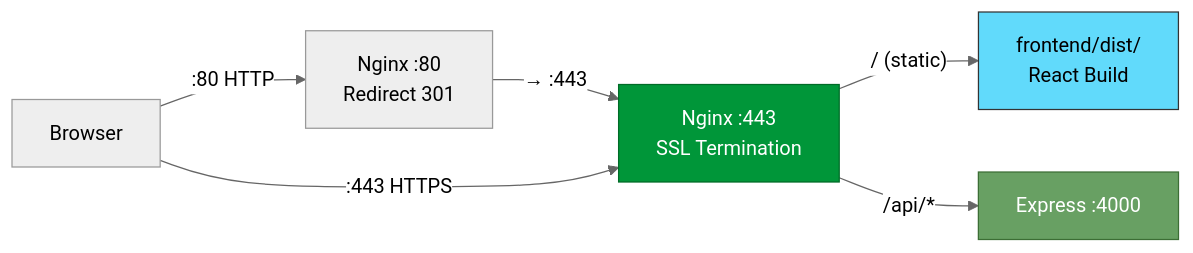
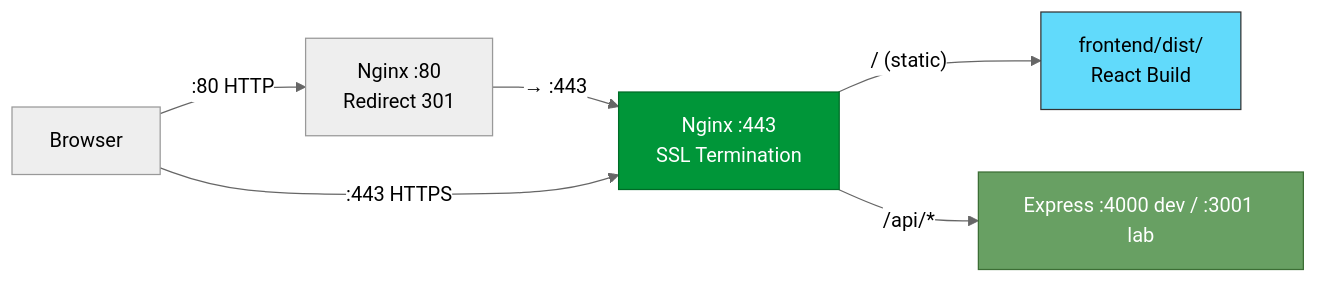
One commit to Dabji/Turismo-Cali-UPB changed the fourth of 5 diagrams in docs/architecture/system-design.md. Above: the diagram before and after it, drawn with Mermaid (neutral theme). The commit also changed other lines of this file and 56 other files, not shown here.

````diff
--- a/docs/architecture/system-design.md
+++ b/docs/architecture/system-design.md
@@ -318,12 +338,12 @@
 ```mermaid
 graph LR
     BROWSER["Browser"] -->|":80 HTTP"| N80["Nginx :80\nRedirect 301"]
     N80 -->|"→ :443"| N443["Nginx :443\nSSL Termination"]
     BROWSER -->|":443 HTTPS"| N443
     N443 -->|"/ (static)"| DIST["frontend/dist/\nReact Build"]
-    N443 -->|"/api/*"| EXPRESS["Express :4000"]
+    N443 -->|"/api/*"| EXPRESS["Express :4000 dev / :3001 lab"]
 
     style N443 fill:#009639,stroke:#006B27,color:#fff
     style DIST fill:#61DAFB,stroke:#333,color:#000
     style EXPRESS fill:#68A063,stroke:#3C6E35,color:#fff
 ```
````
